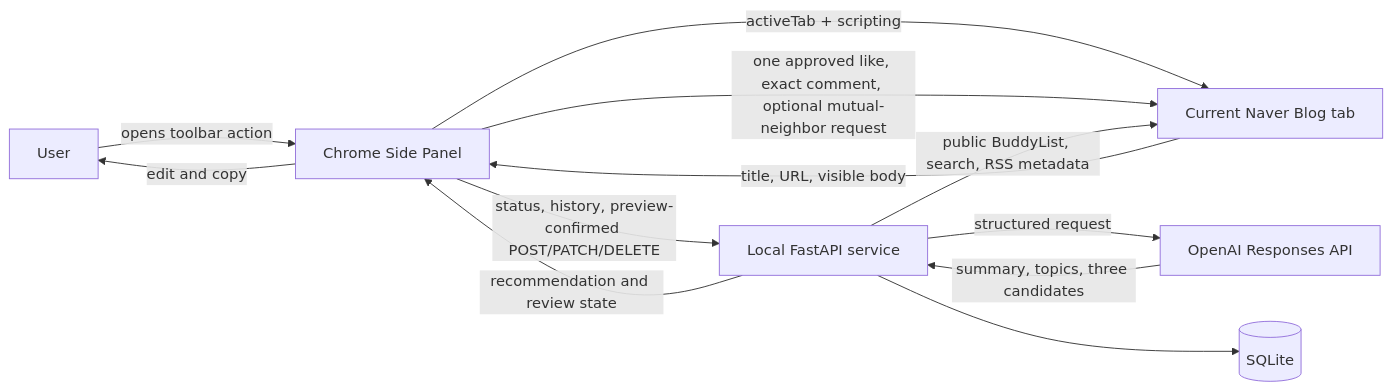
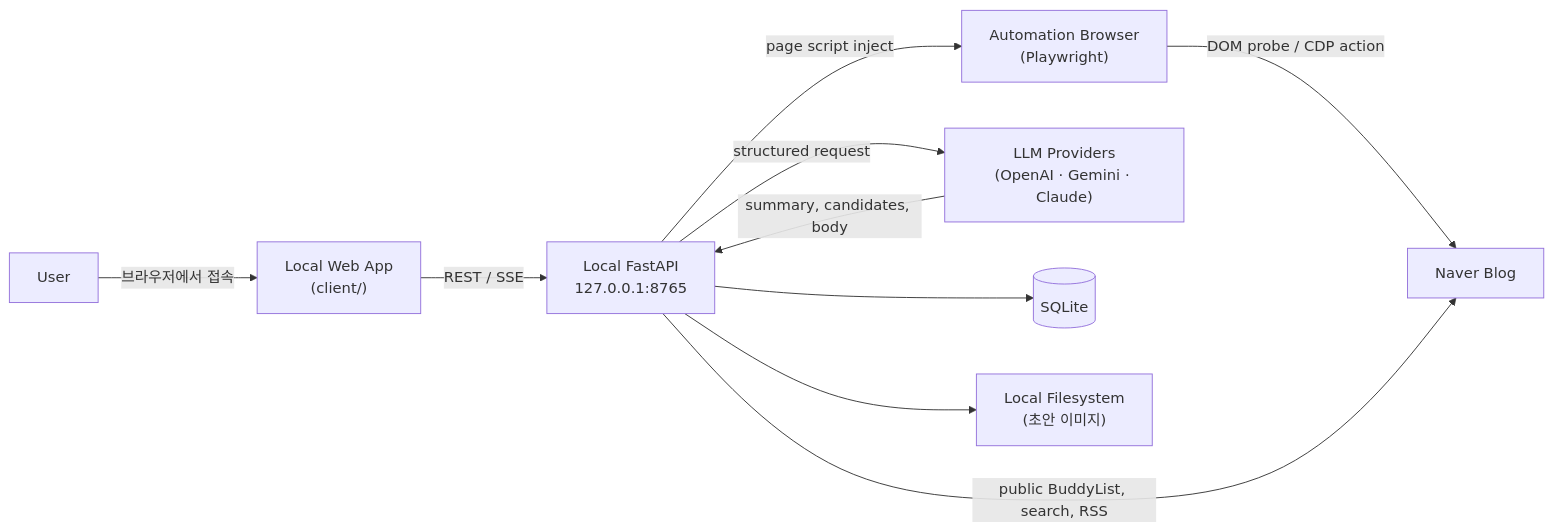
The diagram in docs/architecture.md (jihoon22-lee/NaverBlogAutomation), drawn with Mermaid before and after one commit. The commit also changed other lines of this file and 15 other files, not shown here.

````diff
--- a/docs/architecture.md
+++ b/docs/architecture.md
@@ -27,14 +20,12 @@
 ```mermaid
 flowchart LR
-    U[User] -->|opens toolbar action| P[Chrome Side Panel]
-    P -->|activeTab + scripting| N[Current Naver Blog tab]
-    N -->|title, URL, visible body| P
-    P -->|one approved like, exact comment, optional mutual-neighbor request| N
-    P -->|status, history, preview-confirmed POST/PATCH/DELETE| A[Local FastAPI service]
-    A -->|public BuddyList, search, RSS metadata| N
-    A -->|structured request| O[OpenAI Responses API]
-    O -->|summary, topics, three candidates| A
+    U[User] -->|브라우저에서 접속| W["Local Web App\n(client/)"]
+    W -->|REST / SSE| A["Local FastAPI\n127.0.0.1:8765"]
+    A -->|page script inject| B["Automation Browser\n(Playwright)"]
+    B -->|DOM probe / CDP action| N["Naver Blog"]
+    A -->|public BuddyList, search, RSS| N
+    A -->|structured request| LLM["LLM Providers\n(OpenAI · Gemini · Claude)"]
+    LLM -->|summary, candidates, body| A
     A --> D[(SQLite)]
-    A -->|recommendation and review state| P
-    P -->|edit and copy| U
+    A --> FS["Local Filesystem\n(초안 이미지)"]
 ```
````
